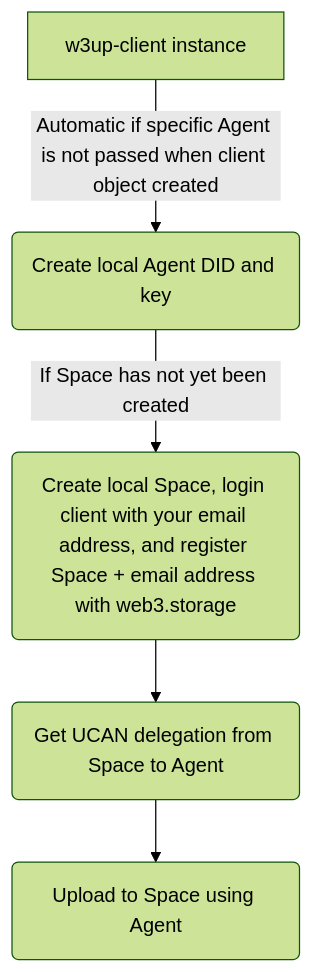
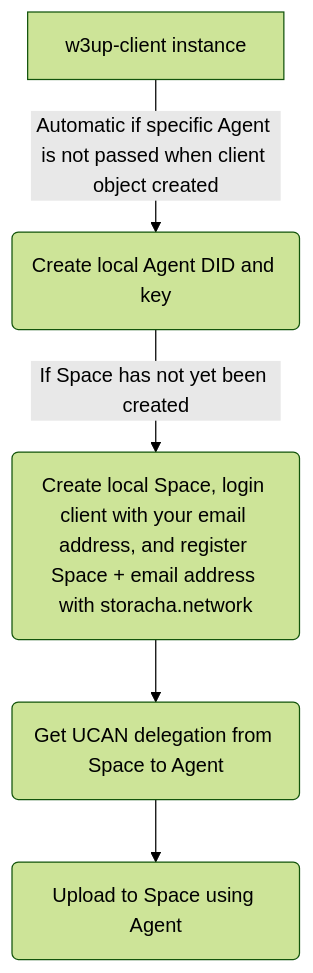
Before and after one commit to storacha/w3up: the first of 5 diagrams in packages/w3up-client/README.md, drawn with Mermaid (forest theme). The commit also changed other lines of this file and 256 other files, not shown here.

````diff
--- a/packages/w3up-client/README.md
+++ b/packages/w3up-client/README.md
@@ -84,7 +84,7 @@
 ```mermaid
 flowchart TD
     A[w3up-client instance] -->|Automatic if specific Agent is not passed when client object created|B(Create local Agent DID and key)
-    B --> |If Space has not yet been created|S(Create local Space, login client with your email address, and register Space + email address with web3.storage)
+    B --> |If Space has not yet been created|S(Create local Space, login client with your email address, and register Space + email address with storacha.network)
     S --> C(Get UCAN delegation from Space to Agent)
     C --> D(Upload to Space using Agent)
 ```
````
